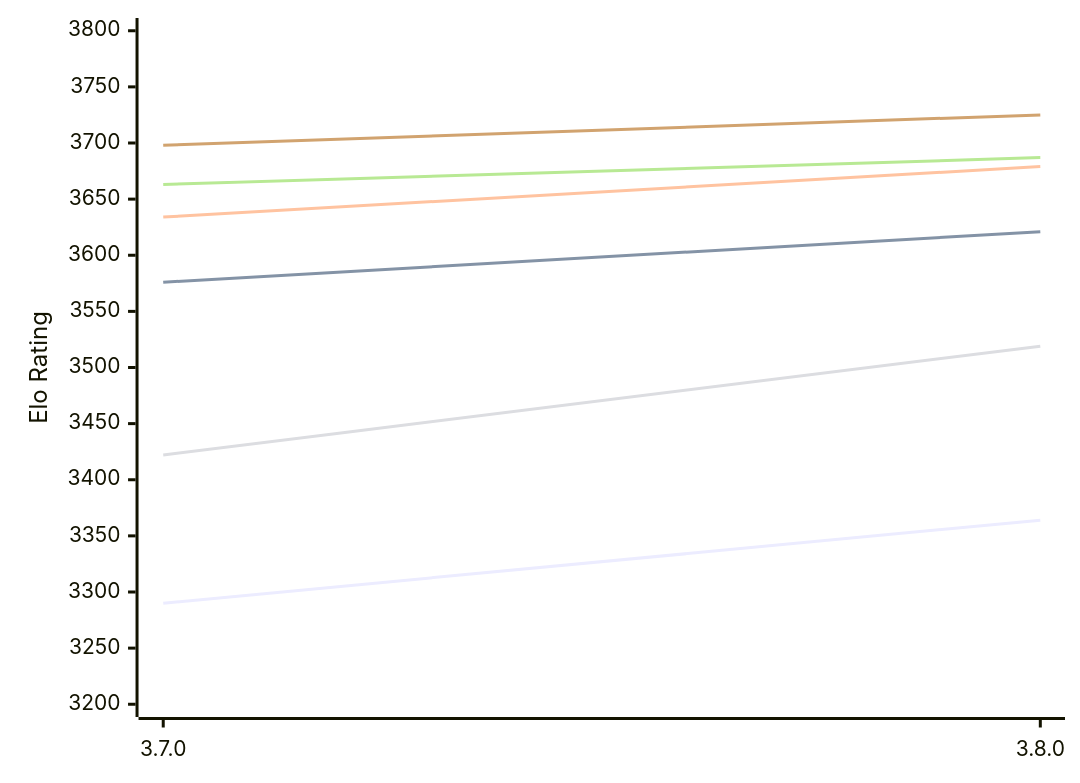
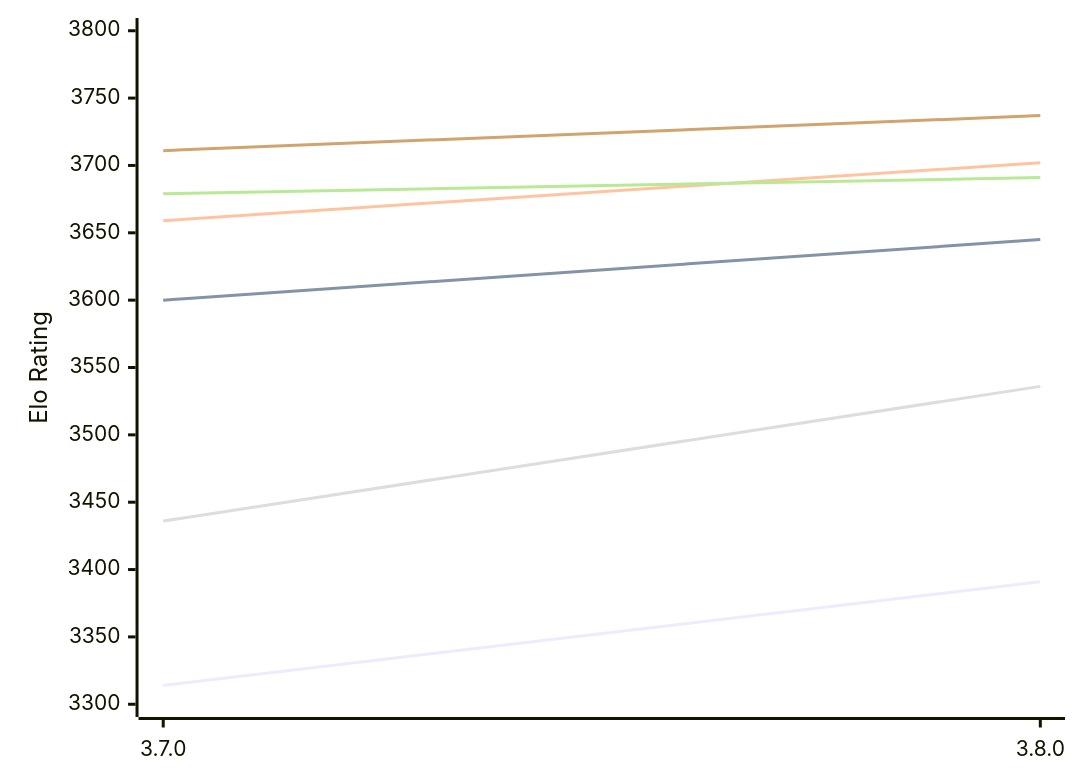
One commit to computer-chess-index/cci changed the first of 2 diagrams in engines/Igel.md. Above: the diagram before and after it, drawn with Mermaid. The commit also changed other lines of this file, not shown here.

Commit message:
Update CCI Ratings (ELO VLTC) - 2026-10-24

````diff
--- a/engines/Igel.md
+++ b/engines/Igel.md
@@ -51,12 +51,12 @@
 ```mermaid
 %%{init: {"theme":"base","themeVariables":{"seriesColors:['#a3a3a3','#222221','#faa371']}}}%%
 xychart-beta
   x-axis ["3.7.0", "3.8.0"]
-  y-axis "Elo Rating" 3200 --> 3800
-  line "E1: STC (8.0+0.08s)" [3290, 3364]
-  line "E1: LTC (60.0+0.60s)" [3576, 3621]
-  line "E1: VLTC (2m24s+1.12s)" [3634, 3679]
-  line "P1: STC (8.0+0.08s)" [3422, 3519]
-  line "P1: LTC (60.0+0.60s)" [3663, 3687]
-  line "P1: VLTC (2m24s+1.12s)" [3698, 3725]
+  y-axis "Elo Rating" 3300 --> 3800
+  line "E1: STC (8.0+0.08s)" [3314, 3391]
+  line "E1: LTC (60.0+0.60s)" [3600, 3645]
+  line "E1: VLTC (2m24s+1.12s)" [3659, 3702]
+  line "P1: STC (8.0+0.08s)" [3436, 3536]
+  line "P1: LTC (60.0+0.60s)" [3679, 3691]
+  line "P1: VLTC (2m24s+1.12s)" [3711, 3737]
 ```
````
